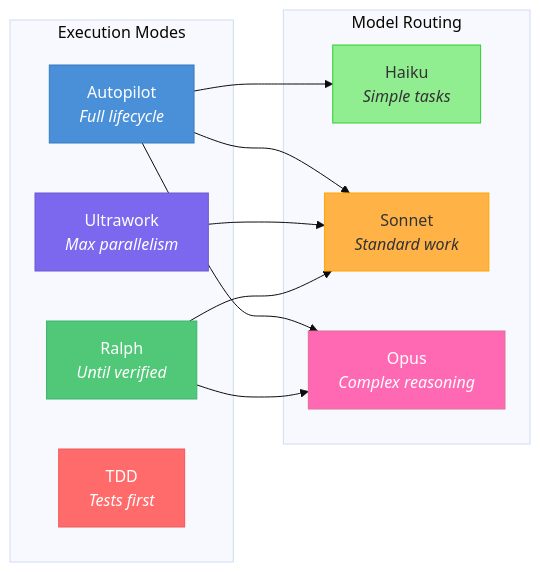
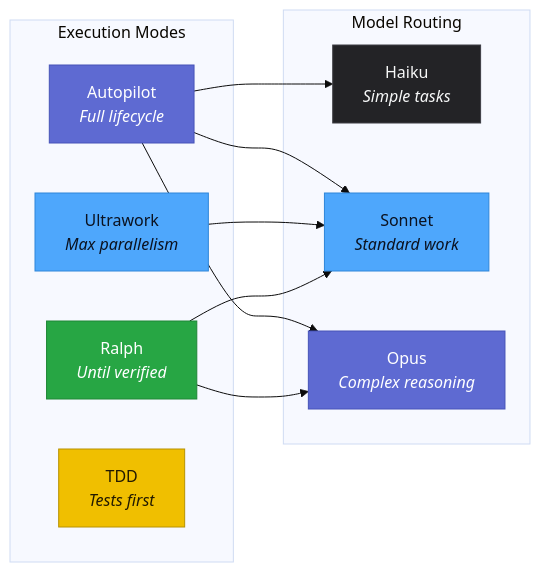
Before and after one commit to ao92265/claude-code-playbook: the fourth of 9 diagrams in README.md, drawn with Mermaid (base theme). The commit also changed other lines of this file and 2 other files, not shown here.

First line of the commit message:
docs: visual upgrade — branded hero, unified diagram design system (#14)

````diff
--- a/README.md
+++ b/README.md
@@ -291,30 +303,35 @@
 ```mermaid
 graph LR
     subgraph "Execution Modes"
         AP["Autopilot<br/><em>Full lifecycle</em>"]
         UW["Ultrawork<br/><em>Max parallelism</em>"]
         RL["Ralph<br/><em>Until verified</em>"]
         TD["TDD<br/><em>Tests first</em>"]
     end
 
     subgraph "Model Routing"
         H["Haiku<br/><em>Simple tasks</em>"]
         S["Sonnet<br/><em>Standard work</em>"]
         O["Opus<br/><em>Complex reasoning</em>"]
     end
 
     AP --> H
     AP --> S
     AP --> O
     UW --> S
     RL --> S
     RL --> O
 
-    style AP fill:#4A90D9,stroke:#357ABD,color:#fff
-    style UW fill:#7B68EE,stroke:#6A5ACD,color:#fff
-    style RL fill:#50C878,stroke:#3CB371,color:#fff
-    style TD fill:#FF6B6B,stroke:#EE5A5A,color:#fff
-    style H fill:#90EE90,stroke:#32CD32,color:#333
-    style S fill:#FFB347,stroke:#FFA500,color:#333
-    style O fill:#FF69B4,stroke:#DB7093,color:#fff
+    classDef primary fill:#5E6AD2,stroke:#4653B8,color:#FFFFFF
+    classDef info fill:#4EA7FC,stroke:#2E86D9,color:#0B1220
+    classDef success fill:#27A644,stroke:#1F8737,color:#FFFFFF
+    classDef warn fill:#F0BF00,stroke:#B89200,color:#221A00
+    classDef dark fill:#232326,stroke:#3E3E44,color:#F7F8F8
+    class AP primary
+    class UW info
+    class RL success
+    class TD warn
+    class H dark
+    class S info
+    class O primary
 ```
````
